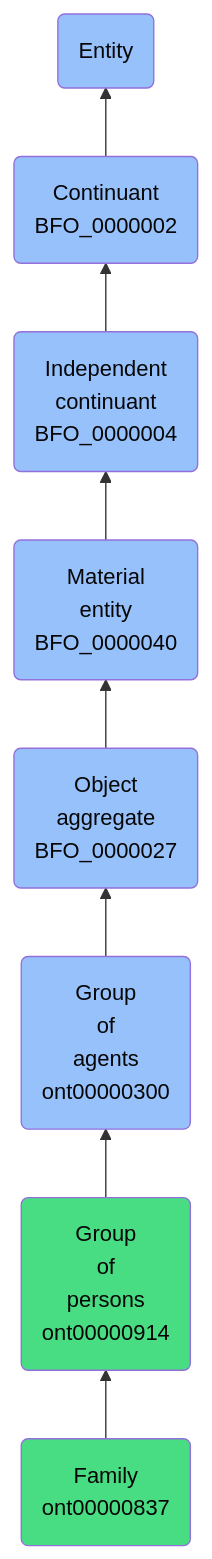
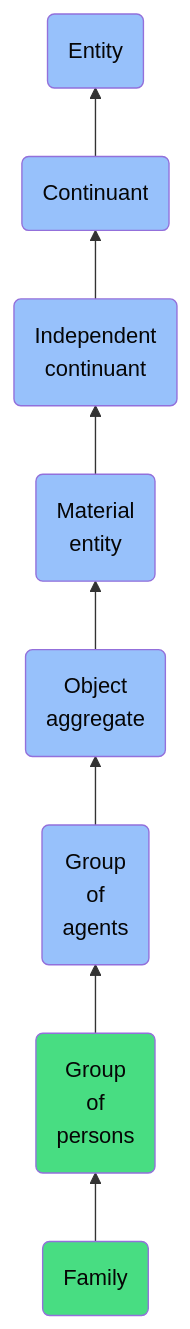
One commit to jupyter-naas/abi changed the diagram in docs/ontology/reference/model/Entity/Continuant/Independent continuant/Material entity/Object aggregate/Group of agents/Group of persons/Family/Family.md. Above: the diagram before and after it, drawn with Mermaid. The commit also changed other lines of this file and 1430 other files, not shown here.

````diff
--- a/docs/ontology/reference/model/Entity/Continuant/Independent continuant/Material entity/Object aggregate/Group of agents/Group of persons/Family/Family.md
+++ b/docs/ontology/reference/model/Entity/Continuant/Independent continuant/Material entity/Object aggregate/Group of agents/Group of persons/Family/Family.md
@@ -24,15 +24,15 @@
 ```mermaid
 graph BT
-    ont00000837(Family<br>ont00000837):::ABI-->ont00000914
-    ont00000914(Group<br>of<br>persons<br>ont00000914):::ABI-->ont00000300
-    ont00000300(Group<br>of<br>agents<br>ont00000300):::BFO-->BFO_0000027
-    BFO_0000027(Object<br>aggregate<br>BFO_0000027):::BFO-->BFO_0000040
-    BFO_0000040(Material<br>entity<br>BFO_0000040):::BFO-->BFO_0000004
-    BFO_0000004(Independent<br>continuant<br>BFO_0000004):::BFO-->BFO_0000002
-    BFO_0000002(Continuant<br>BFO_0000002):::BFO-->BFO_0000001
+    ont00000837(Family):::ABI-->ont00000914
+    ont00000914(Group<br>of<br>persons):::ABI-->ont00000300
+    ont00000300(Group<br>of<br>agents):::BFO-->BFO_0000027
+    BFO_0000027(Object<br>aggregate):::BFO-->BFO_0000040
+    BFO_0000040(Material<br>entity):::BFO-->BFO_0000004
+    BFO_0000004(Independent<br>continuant):::BFO-->BFO_0000002
+    BFO_0000002(Continuant):::BFO-->BFO_0000001
     BFO_0000001(Entity):::BFO
     
     classDef BFO fill:#97c1fb,color:#060606
     classDef CCO fill:#e4c51e,color:#060606
     classDef ABI fill:#48DD82,color:#060606
 ```
````
